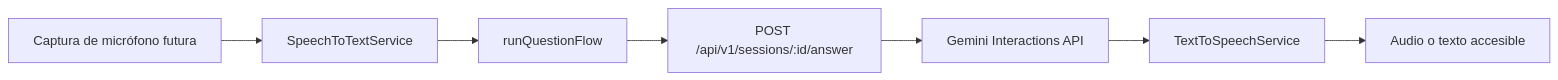
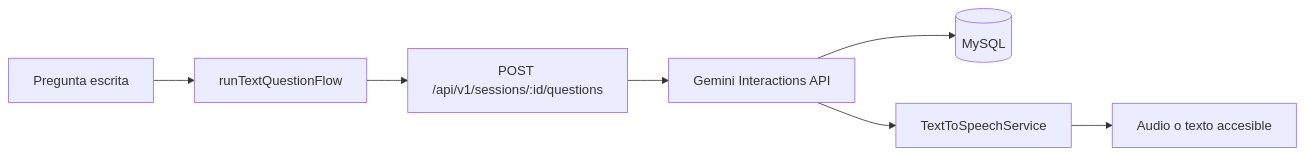
Before and after one commit to marianafloreslopez99/Taichi: the diagram in docs/AI_INTEGRATION.md, drawn with Mermaid. The commit also changed other lines of this file and 24 other files, not shown here.

````diff
--- a/docs/AI_INTEGRATION.md
+++ b/docs/AI_INTEGRATION.md
@@ -3,9 +3,9 @@
 ```mermaid
 flowchart LR
-  M[Captura de micrófono futura] --> S[SpeechToTextService]
-  S --> Q[runQuestionFlow]
-  Q --> P[POST /api/v1/sessions/:id/answer]
+  M[Pregunta escrita] --> Q[runTextQuestionFlow]
+  Q --> P[POST /api/v1/sessions/:id/questions]
   P --> L[Gemini Interactions API]
+  L --> D[(MySQL)]
   L --> T[TextToSpeechService]
   T --> A[Audio o texto accesible]
 ```
````
